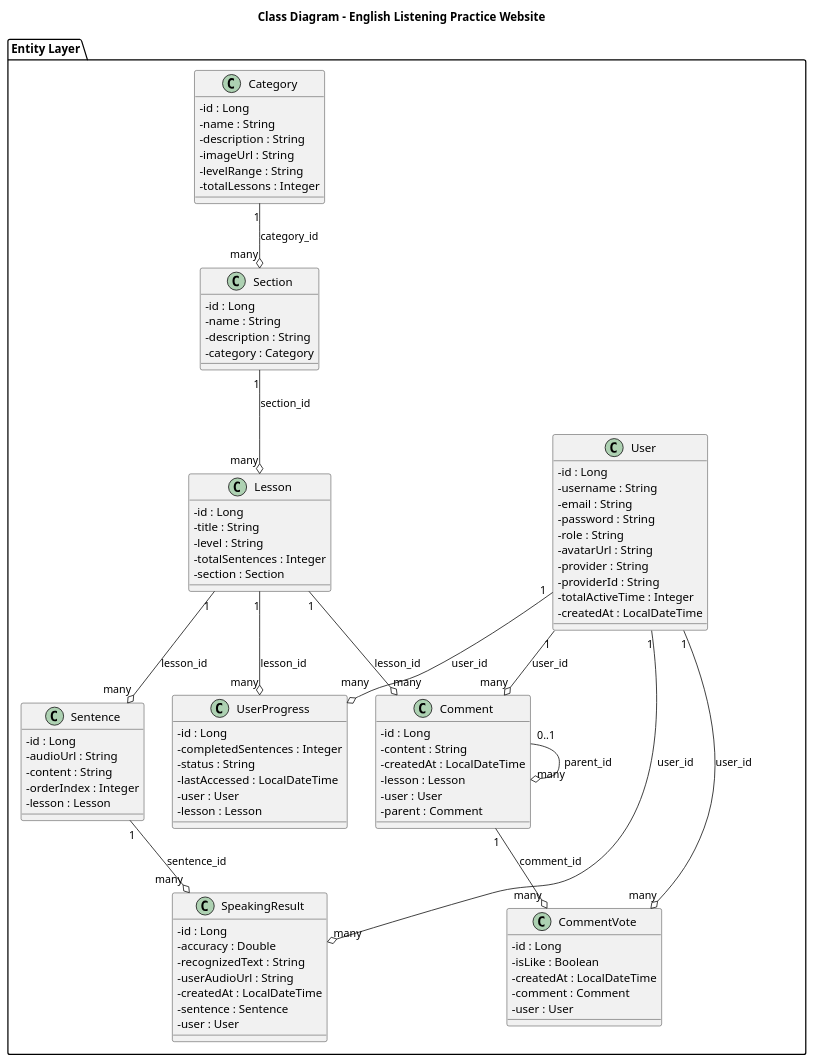
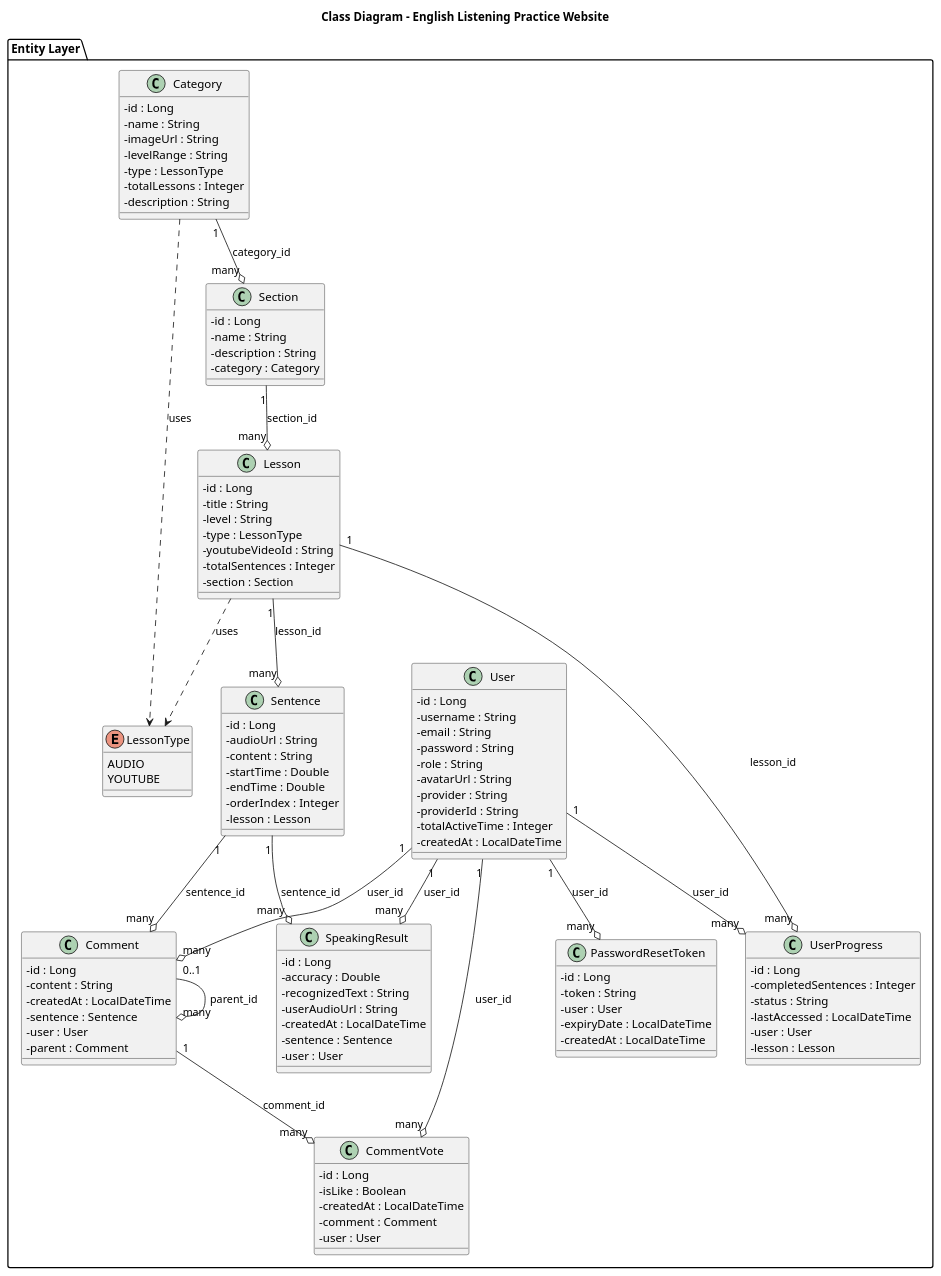
Before and after one commit to nguyenthetan752005-max/EnglishListeningPracticeWebsite: the diagram in docs/uml/ClassDiagram/class_diagram.puml, drawn with PlantUML. The commit also changed 10 other files, not shown here.

```diff
--- a/docs/uml/ClassDiagram/class_diagram.puml
+++ b/docs/uml/ClassDiagram/class_diagram.puml
@@ -1,103 +1,124 @@
 @startuml Class_Diagram
 title Class Diagram - English Listening Practice Website
 
 skinparam classAttributeIconSize 0
 
 package "Entity Layer" {
 
     class User {
         - id : Long
         - username : String
         - email : String
         - password : String
         - role : String
         - avatarUrl : String
         - provider : String
         - providerId : String
         - totalActiveTime : Integer
         - createdAt : LocalDateTime
     }
 
     class Category {
         - id : Long
         - name : String
-        - description : String
         - imageUrl : String
         - levelRange : String
+        - type : LessonType
         - totalLessons : Integer
+        - description : String
     }
 
     class Section {
         - id : Long
         - name : String
         - description : String
         - category : Category
     }
 
     class Lesson {
         - id : Long
         - title : String
         - level : String
+        - type : LessonType
+        - youtubeVideoId : String
         - totalSentences : Integer
         - section : Section
     }
 
     class Sentence {
         - id : Long
         - audioUrl : String
         - content : String
+        - startTime : Double
+        - endTime : Double
         - orderIndex : Integer
         - lesson : Lesson
     }
 
     class UserProgress {
         - id : Long
         - completedSentences : Integer
         - status : String
         - lastAccessed : LocalDateTime
         - user : User
         - lesson : Lesson
     }
 
     class Comment {
         - id : Long
         - content : String
         - createdAt : LocalDateTime
-        - lesson : Lesson
+        - sentence : Sentence
         - user : User
         - parent : Comment
     }
 
     class CommentVote {
         - id : Long
         - isLike : Boolean
         - createdAt : LocalDateTime
         - comment : Comment
         - user : User
     }
 
     class SpeakingResult {
         - id : Long
         - accuracy : Double
         - recognizedText : String
         - userAudioUrl : String
         - createdAt : LocalDateTime
         - sentence : Sentence
         - user : User
     }
+
+    class PasswordResetToken {
+        - id : Long
+        - token : String
+        - user : User
+        - expiryDate : LocalDateTime
+        - createdAt : LocalDateTime
+    }
+
+    enum LessonType {
+        AUDIO
+        YOUTUBE
+    }
 }
 
 Category "1" --o "many" Section : category_id
 Section "1" --o "many" Lesson : section_id
 Lesson "1" --o "many" Sentence : lesson_id
 User "1" --o "many" UserProgress : user_id
 Lesson "1" --o "many" UserProgress : lesson_id
-Lesson "1" --o "many" Comment : lesson_id
+Sentence "1" --o "many" Comment : sentence_id
 User "1" --o "many" Comment : user_id
 Comment "0..1" --o "many" Comment : parent_id
 Comment "1" --o "many" CommentVote : comment_id
 User "1" --o "many" CommentVote : user_id
 Sentence "1" --o "many" SpeakingResult : sentence_id
 User "1" --o "many" SpeakingResult : user_id
+User "1" --o "many" PasswordResetToken : user_id
+Category ..> LessonType : uses
+Lesson ..> LessonType : uses
 
 @enduml
```
